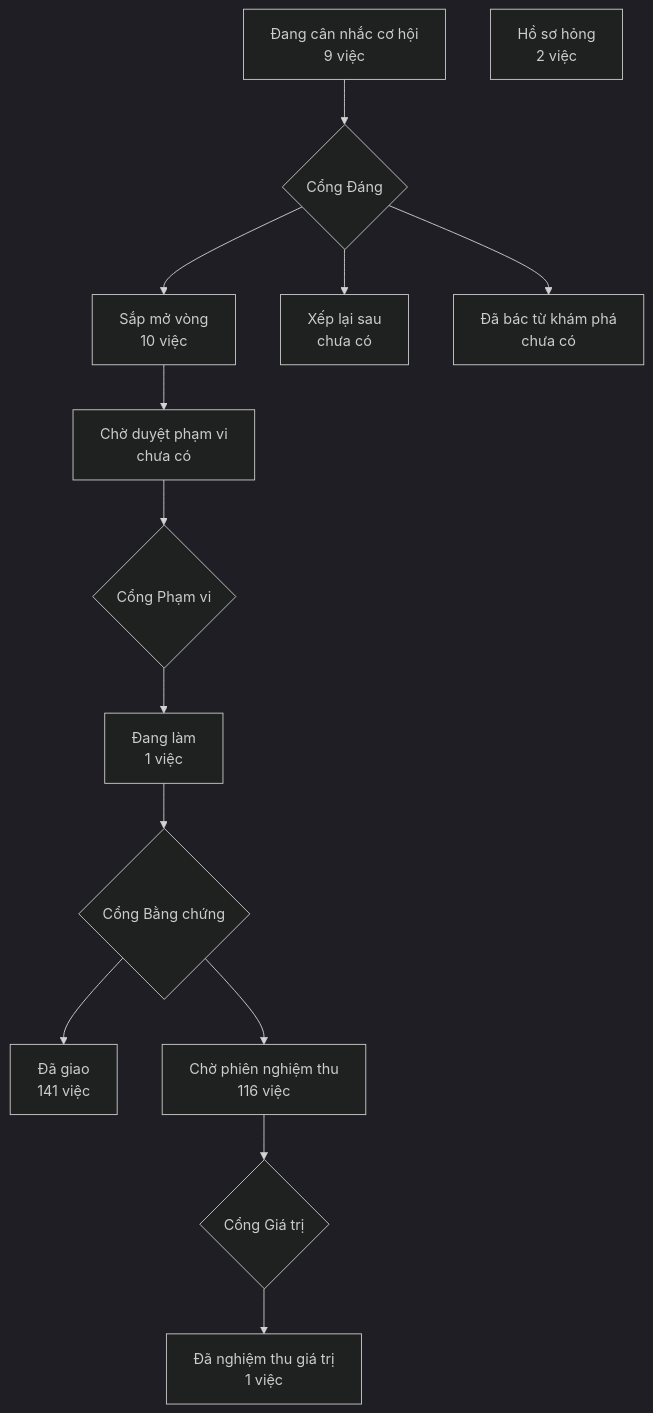
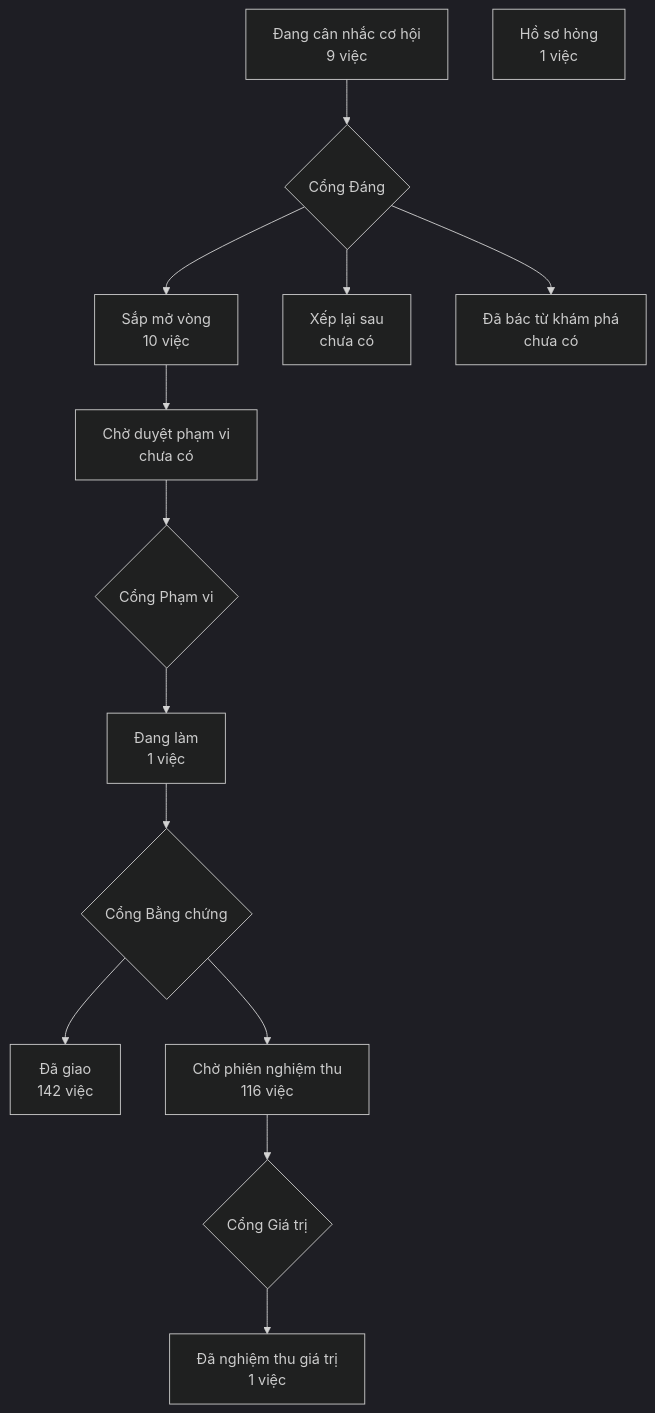
Before and after one commit to phanlemanh/crm-onehub: the diagram in PRODUCT-MAP.md, drawn with Mermaid (dark theme). The commit also changed other lines of this file and 2 other files, not shown here.

Commit message:
chore(viec-cha-khong-lo-tieu-de): gỡ hai chú thích trong tệp test (luật khong-chu-thich), vẽ lại bản đồ

````diff
--- a/PRODUCT-MAP.md
+++ b/PRODUCT-MAP.md
@@ -7,13 +7,13 @@
 ```mermaid
 flowchart TD
   A["Đang cân nhắc cơ hội<br/>9 việc"] --> GD{"Cổng Đáng"}
   GD --> B["Sắp mở vòng<br/>10 việc"]
   GD --> XL["Xếp lại sau<br/>chưa có"]
   GD --> DB["Đã bác từ khám phá<br/>chưa có"]
   B --> CD["Chờ duyệt phạm vi<br/>chưa có"] --> GP{"Cổng Phạm vi"}
   GP --> DL["Đang làm<br/>1 việc"] --> GB{"Cổng Bằng chứng"}
-  GB --> DG["Đã giao<br/>141 việc"]
+  GB --> DG["Đã giao<br/>142 việc"]
   GB --> CN["Chờ phiên nghiệm thu<br/>116 việc"] --> GG{"Cổng Giá trị"}
   GG --> NT["Đã nghiệm thu giá trị<br/>1 việc"]
-  HS["Hồ sơ hỏng<br/>2 việc"]
+  HS["Hồ sơ hỏng<br/>1 việc"]
 ```
````
